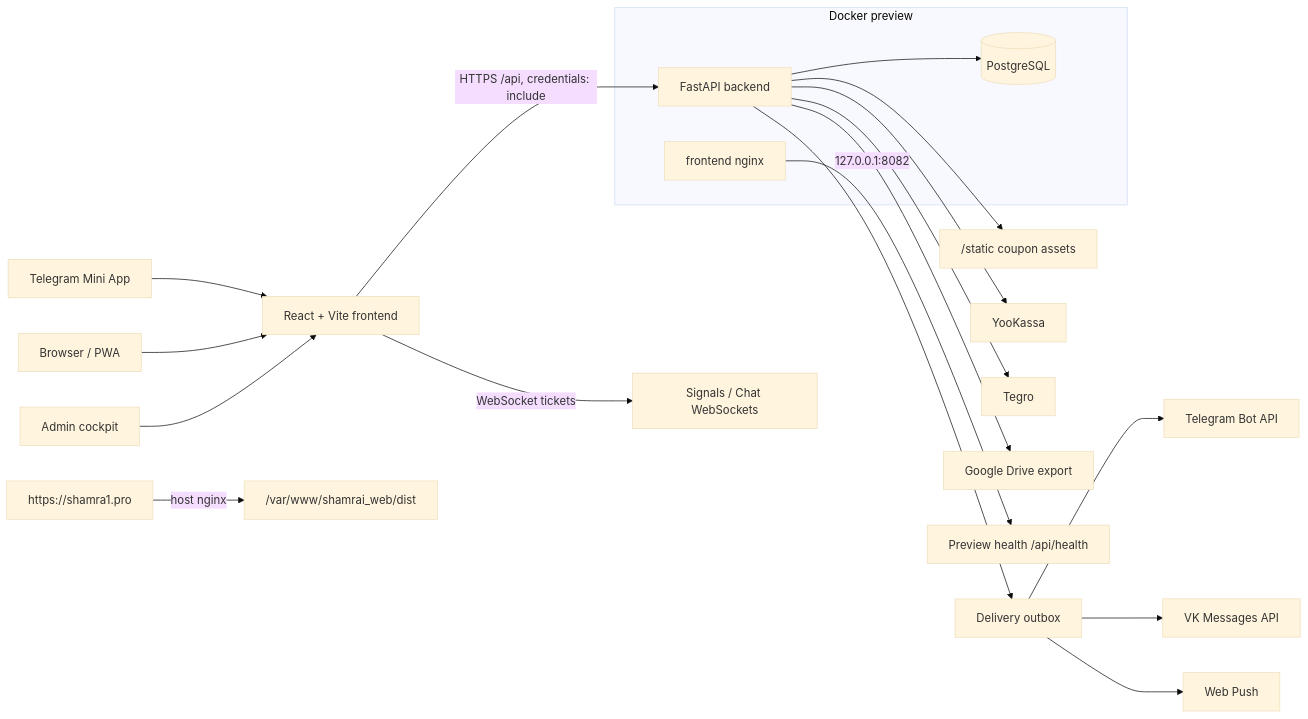
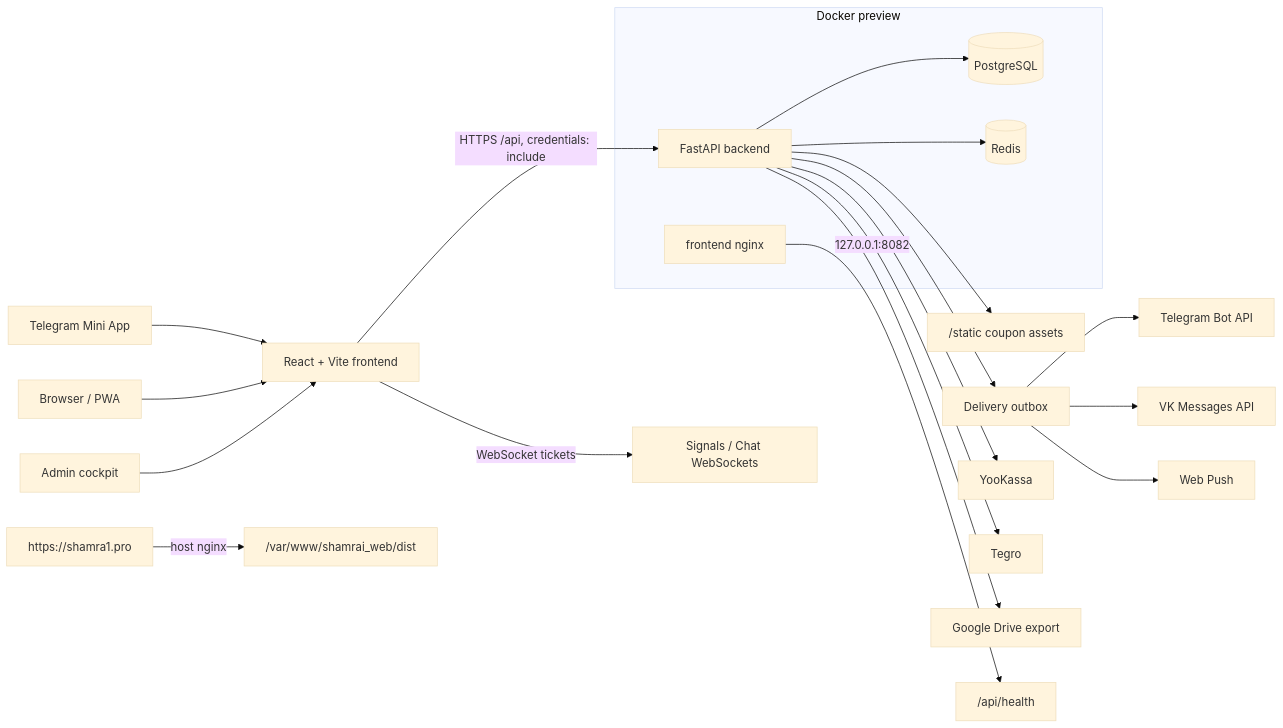
One commit to inftverezovsky/Mini-Web-Shamrai- changed the diagram in README.md. Above: the diagram before and after it, drawn with Mermaid (base theme). The commit also changed other lines of this file, not shown here.

````diff
--- a/README.md
+++ b/README.md
@@ -54,30 +18,32 @@
 ```mermaid
 flowchart LR
   TG["Telegram Mini App"] --> FE["React + Vite frontend"]
   WEB["Browser / PWA"] --> FE
   ADMIN["Admin cockpit"] --> FE
 
   FE -->|"HTTPS /api, credentials: include"| API["FastAPI backend"]
   FE -->|"WebSocket tickets"| WS["Signals / Chat WebSockets"]
 
   API --> DB[("PostgreSQL")]
+  API --> REDIS[("Redis")]
   API --> STATIC["/static coupon assets"]
   API --> OUTBOX["Delivery outbox"]
 
   OUTBOX --> TGBOT["Telegram Bot API"]
   OUTBOX --> VK["VK Messages API"]
   OUTBOX --> PUSH["Web Push"]
 
   API --> YK["YooKassa"]
   API --> TEGRO["Tegro"]
   API --> GDRIVE["Google Drive export"]
 
-  subgraph Docker["Docker preview"]
+  subgraph Preview["Docker preview"]
     DB
+    REDIS
     API
     NGINX["frontend nginx"]
   end
 
-  NGINX -->|"127.0.0.1:8082"| PREVIEW["Preview health /api/health"]
+  NGINX -->|"127.0.0.1:8082"| HEALTH["/api/health"]
   PUBLIC["https://shamra1.pro"] -->|"host nginx"| WEBROOT["/var/www/shamrai_web/dist"]
 ```
````
